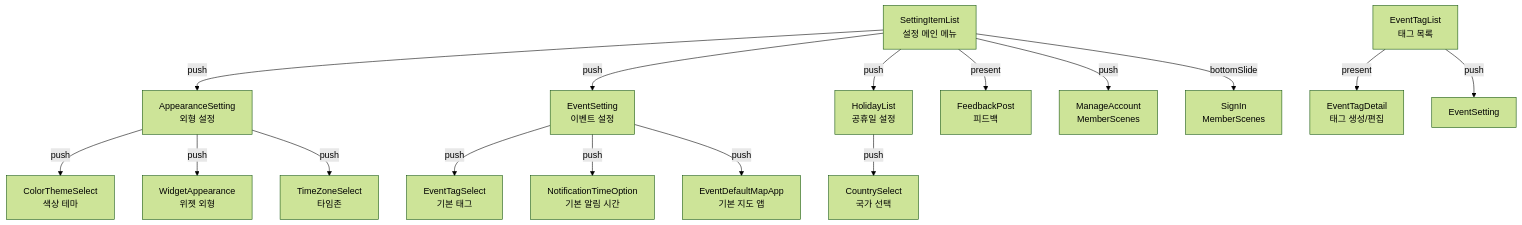
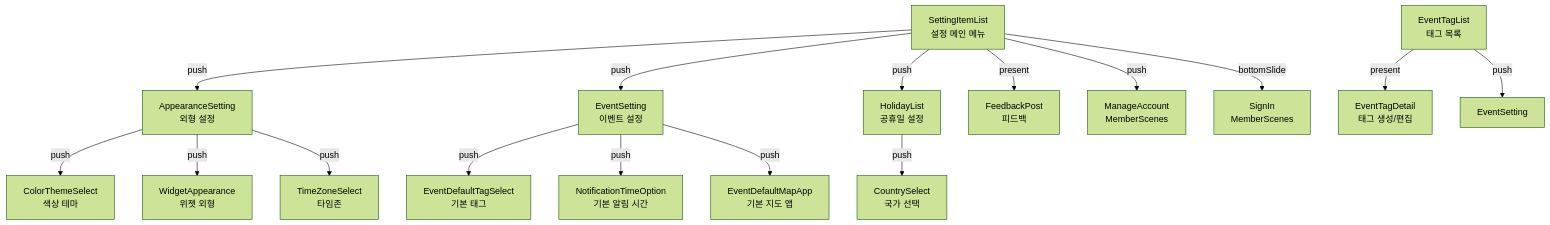
Before and after one commit to sudopark/TodoCalendar: the first of 5 diagrams in Presentations/SettingScene/CLAUDE.md, drawn with Mermaid (forest theme). The commit also changed other lines of this file and 12 other files, not shown here.

Commit message:
EventTagSelect → EventDefaultTagSelect 리네임 — 형제 화면(EventDefaultMapApp)과 네이밍 패턴 통일

````diff
--- a/Presentations/SettingScene/CLAUDE.md
+++ b/Presentations/SettingScene/CLAUDE.md
@@ -75,22 +75,22 @@
 ```mermaid
 graph TD
     SIL[SettingItemList<br/>설정 메인 메뉴] -->|push| AS[AppearanceSetting<br/>외형 설정]
     SIL -->|push| ES[EventSetting<br/>이벤트 설정]
     SIL -->|push| HL[HolidayList<br/>공휴일 설정]
     SIL -->|present| FP[FeedbackPost<br/>피드백]
     SIL -->|push| MA[ManageAccount<br/>MemberScenes]
     SIL -->|bottomSlide| SI[SignIn<br/>MemberScenes]
 
     AS -->|push| CT[ColorThemeSelect<br/>색상 테마]
     AS -->|push| WA[WidgetAppearance<br/>위젯 외형]
     AS -->|push| TZ[TimeZoneSelect<br/>타임존]
 
-    ES -->|push| ETS[EventTagSelect<br/>기본 태그]
+    ES -->|push| ETS[EventDefaultTagSelect<br/>기본 태그]
     ES -->|push| ENT[NotificationTimeOption<br/>기본 알림 시간]
     ES -->|push| EMA[EventDefaultMapApp<br/>기본 지도 앱]
 
     HL -->|push| CS[CountrySelect<br/>국가 선택]
 
     ETL[EventTagList<br/>태그 목록] -->|present| ETD[EventTagDetail<br/>태그 생성/편집]
     ETL -->|push| ES2[EventSetting]
 ```
````
